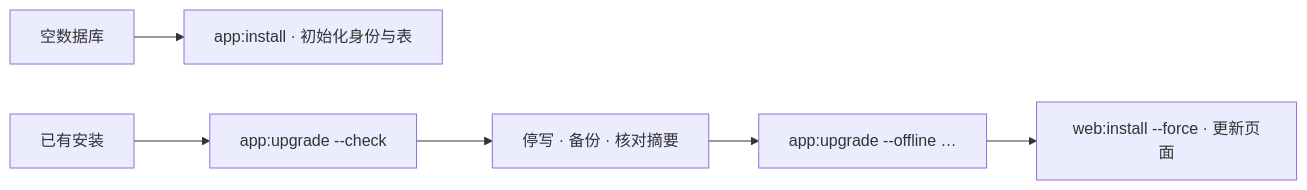
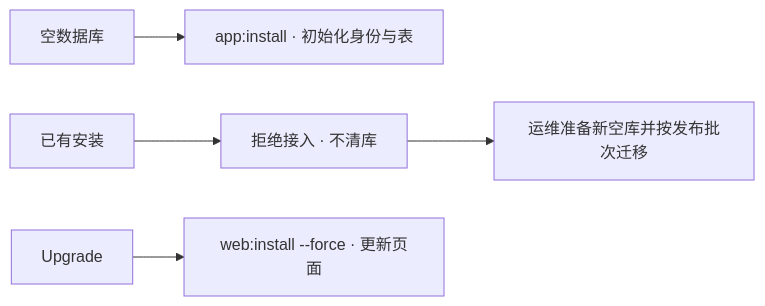
Before and after one commit to zoujingli/typeapp: the third of 5 diagrams in docs/guide/database.md, drawn with Mermaid. The commit also changed other lines of this file and 4 other files, not shown here.

````diff
--- a/docs/guide/database.md
+++ b/docs/guide/database.md
@@ -124,8 +124,7 @@
 ```mermaid
 flowchart LR
   Empty["空数据库"] --> Install["app:install · 初始化身份与表"]
-  Existing["已有安装"] --> Check["app:upgrade --check"]
-  Check --> Backup["停写 · 备份 · 核对摘要"]
-  Backup --> Upgrade["app:upgrade --offline …"]
+  Existing["已有安装"] --> Reject["拒绝接入 · 不清库"]
+  Reject --> Operator["运维准备新空库并按发布批次迁移"]
   Upgrade --> Web["web:install --force · 更新页面"]
 ```
````
